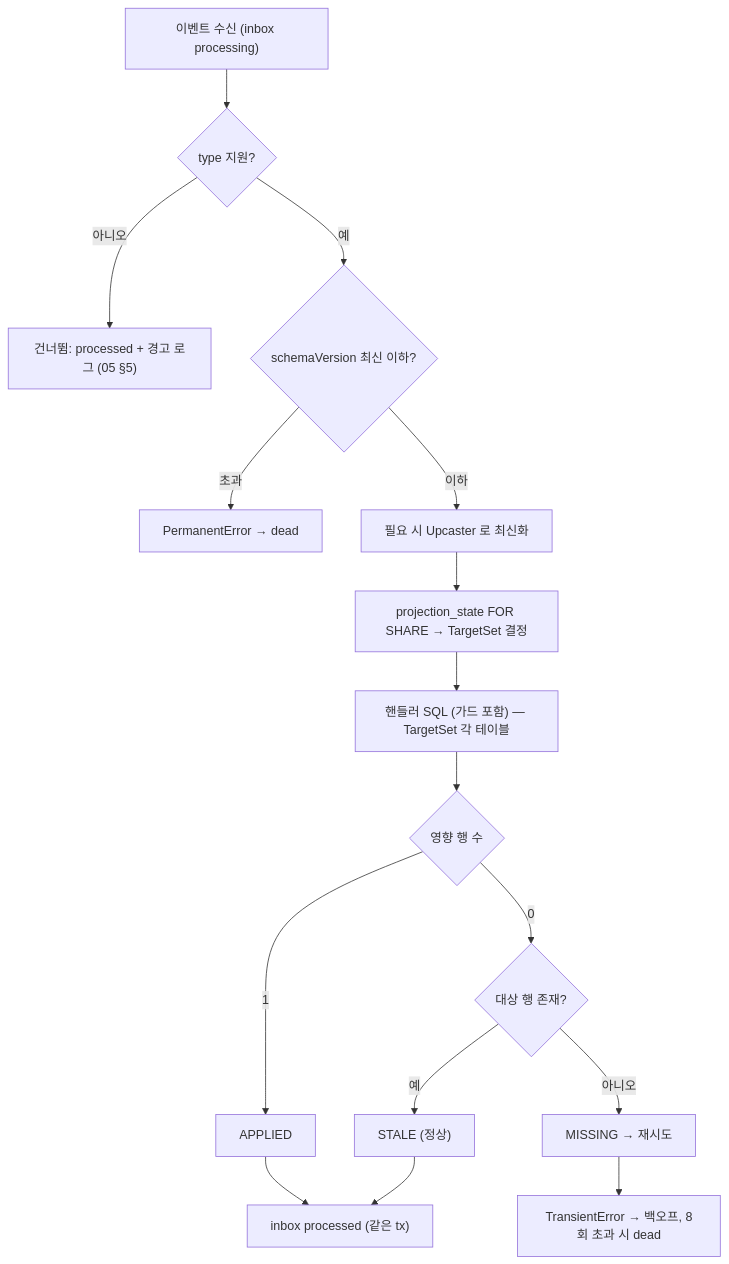
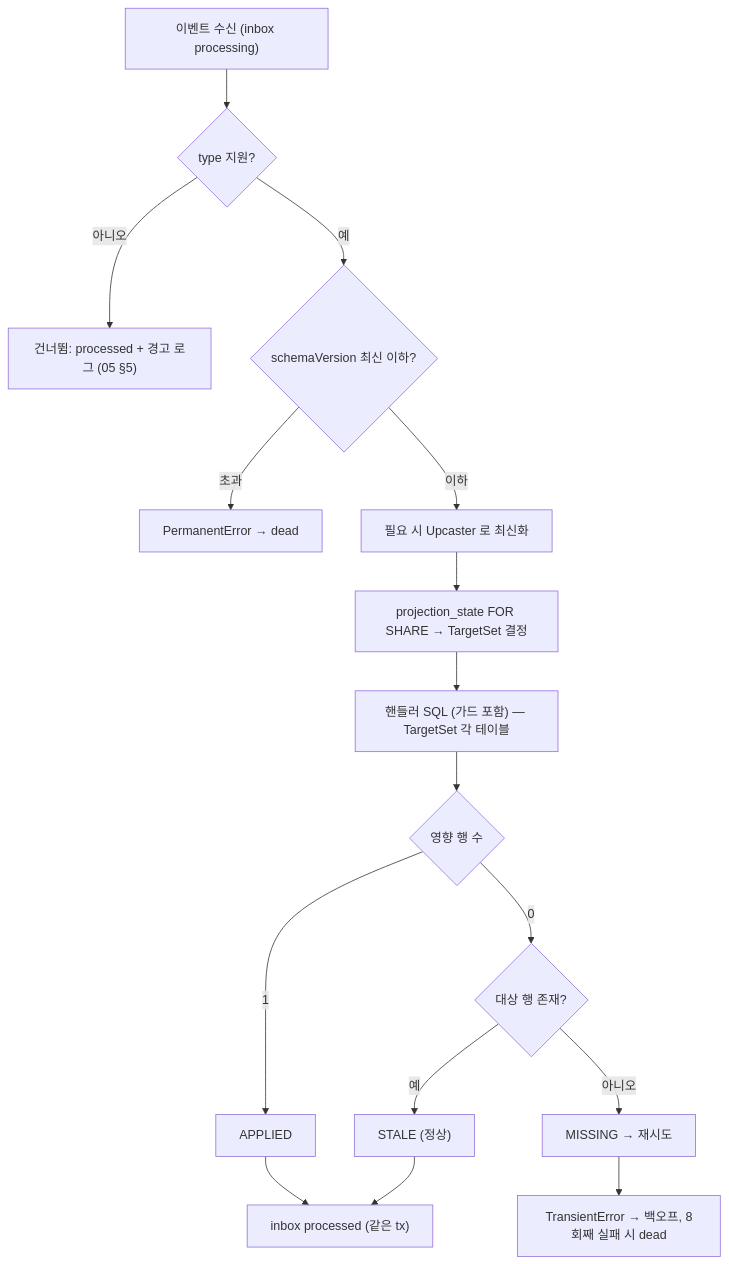
Before and after one commit to 1985jwlee/portpolio_backend: the seventh of 21 diagrams in docs/design/features/12-guestbook-read.md, drawn with Mermaid. The commit also changed other lines of this file and 33 other files, not shown here.

````diff
--- a/docs/design/features/12-guestbook-read.md
+++ b/docs/design/features/12-guestbook-read.md
@@ -525,18 +554,18 @@
 ```mermaid
 flowchart TD
     A["이벤트 수신 (inbox processing)"] --> B{"type 지원?"}
     B -- "아니오" --> S1["건너뜀: processed + 경고 로그 (05 §5)"]
     B -- "예" --> C{"schemaVersion 최신 이하?"}
     C -- "초과" --> F1["PermanentError → dead"]
     C -- "이하" --> U["필요 시 Upcaster 로 최신화"]
     U --> D["projection_state FOR SHARE → TargetSet 결정"]
     D --> E["핸들러 SQL (가드 포함) — TargetSet 각 테이블"]
     E --> G{"영향 행 수"}
     G -- "1" --> AP["APPLIED"]
     G -- "0" --> X{"대상 행 존재?"}
     X -- "예" --> ST["STALE (정상)"]
     X -- "아니오" --> MI["MISSING → 재시도"]
     AP --> OK["inbox processed (같은 tx)"]
     ST --> OK
-    MI --> RT["TransientError → 백오프, 8회 초과 시 dead"]
+    MI --> RT["TransientError → 백오프, 8회째 실패 시 dead"]
 ```
````
